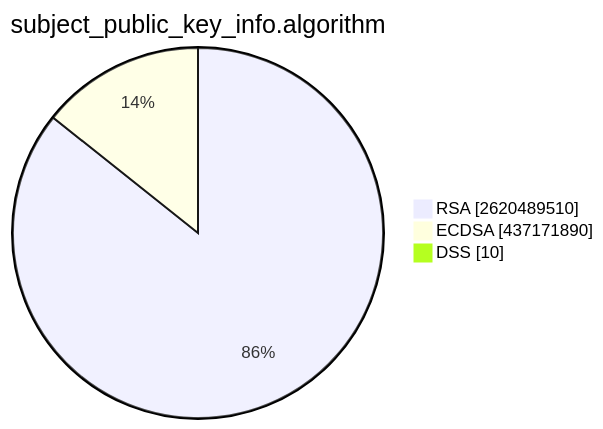
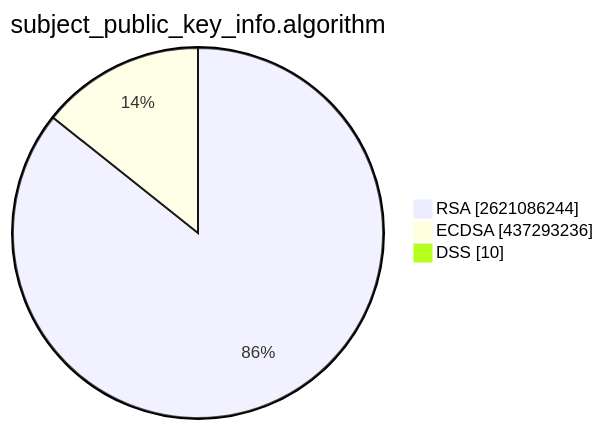
One commit to christiankrug/ctmonitor_visualization changed the second of 15 diagrams in TOTAL/README.md. Above: the diagram before and after it, drawn with Mermaid. The commit also changed other lines of this file, not shown here.

````diff
--- a/TOTAL/README.md
+++ b/TOTAL/README.md
@@ -6,7 +6,7 @@
 ```mermaid
 pie showData
 title subject_public_key_info.algorithm
-"RSA" :2620489510
-"ECDSA" :437171890
+"RSA" :2621086244
+"ECDSA" :437293236
 "DSS" :10
 ```
````
